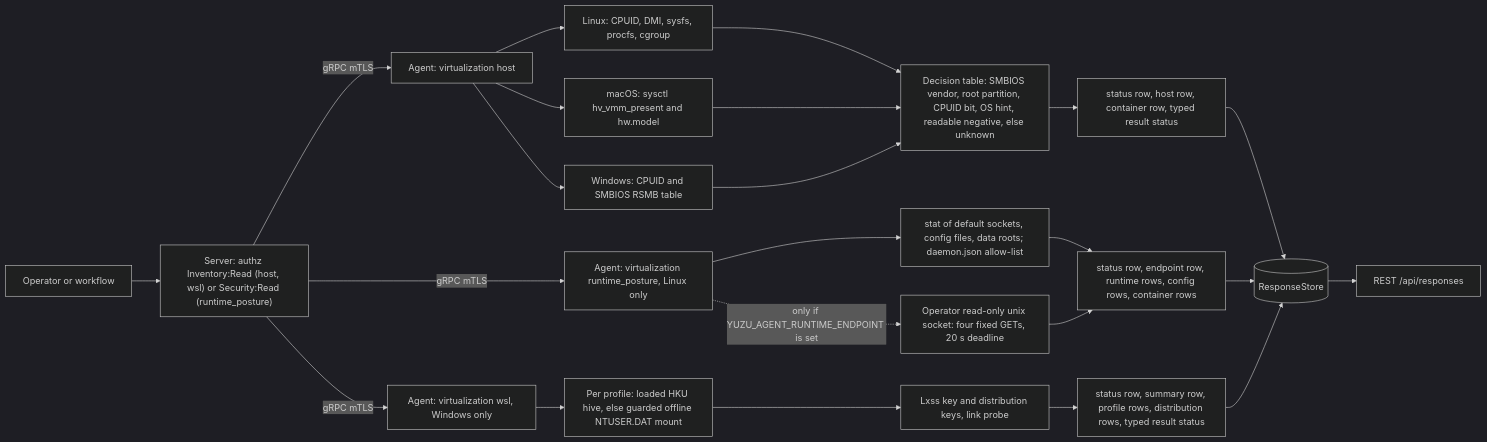
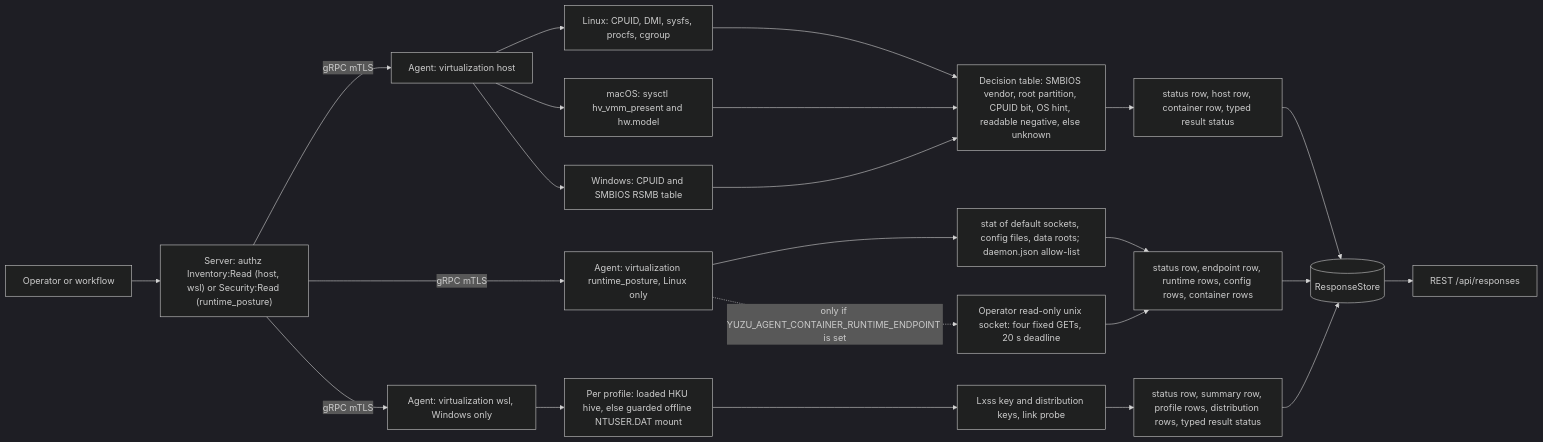
The first of 2 diagrams in agents/plugins/virtualization/README.md (DevNullLtd/Yuzu), drawn with Mermaid (dark theme) before and after one commit. The commit also changed other lines of this file and 16 other files, not shown here.

Commit message:
Rename the container runtime endpoint option

````diff
--- a/agents/plugins/virtualization/README.md
+++ b/agents/plugins/virtualization/README.md
@@ -31,25 +31,25 @@
 ```mermaid
 flowchart LR
   OP["Operator or workflow"] --> SRV["Server: authz Inventory:Read (host, wsl) or Security:Read (runtime_posture)"]
   SRV -->|"gRPC mTLS"| EX["Agent: virtualization host"]
   EX --> LIN["Linux: CPUID, DMI, sysfs, procfs, cgroup"]
   EX --> MAC["macOS: sysctl hv_vmm_present and hw.model"]
   EX --> WIN["Windows: CPUID and SMBIOS RSMB table"]
   SRV -->|"gRPC mTLS"| EXR["Agent: virtualization runtime_posture, Linux only"]
   EXR --> RTS["stat of default sockets, config files, data roots; daemon.json allow-list"]
-  EXR -.->|"only if YUZU_AGENT_RUNTIME_ENDPOINT is set"| EPT["Operator read-only unix socket: four fixed GETs, 20 s deadline"]
+  EXR -.->|"only if YUZU_AGENT_CONTAINER_RUNTIME_ENDPOINT is set"| EPT["Operator read-only unix socket: four fixed GETs, 20 s deadline"]
   SRV -->|"gRPC mTLS"| EXW["Agent: virtualization wsl, Windows only"]
   EXW --> HIV["Per profile: loaded HKU hive, else guarded offline NTUSER.DAT mount"]
   HIV --> LXS["Lxss key and distribution keys, link probe"]
   LIN --> DEC["Decision table: SMBIOS vendor, root partition, CPUID bit, OS hint, readable negative, else unknown"]
   MAC --> DEC
   WIN --> DEC
   DEC --> ROWS["status row, host row, container row, typed result status"]
   LXS --> WROWS["status row, summary row, profile rows, distribution rows, typed result status"]
   ROWS --> RS[("ResponseStore")]
   RTS --> RROWS["status row, endpoint row, runtime rows, config rows, container rows"]
   EPT --> RROWS
   RROWS --> RS
   WROWS --> RS
   RS --> API["REST /api/responses"]
 ```
````
